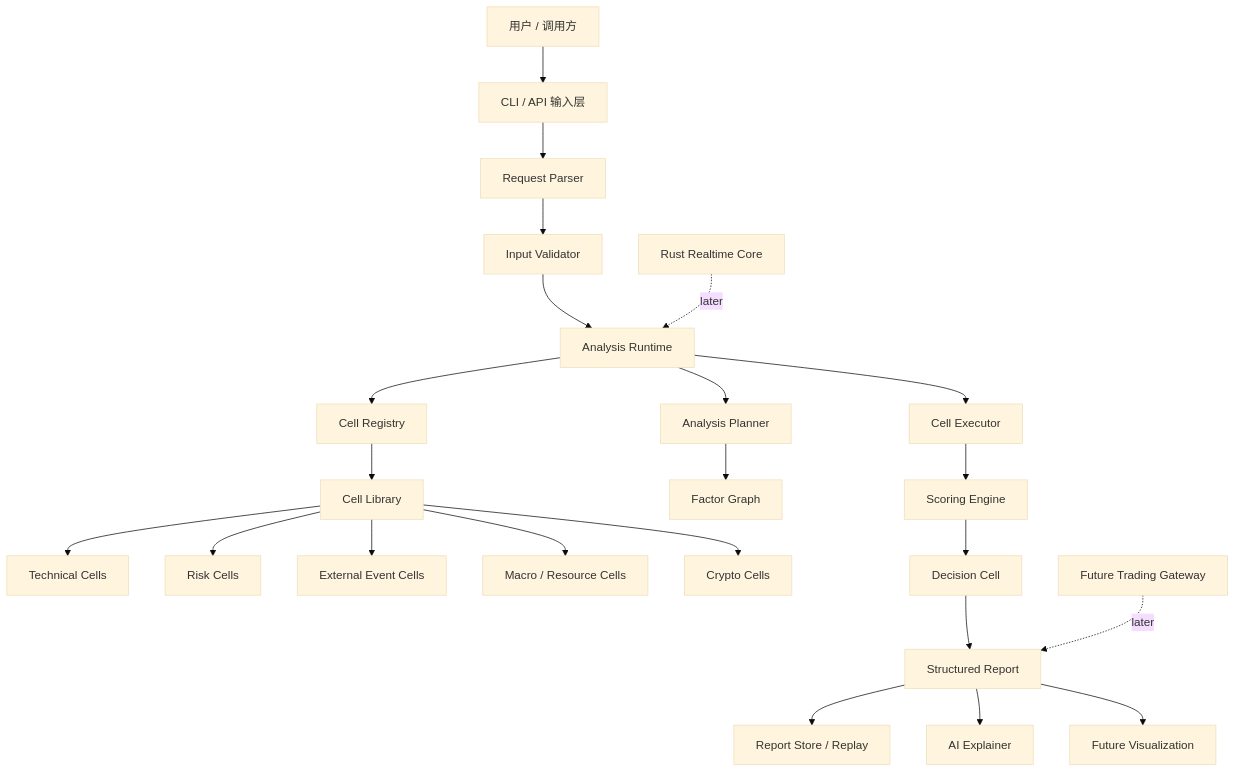
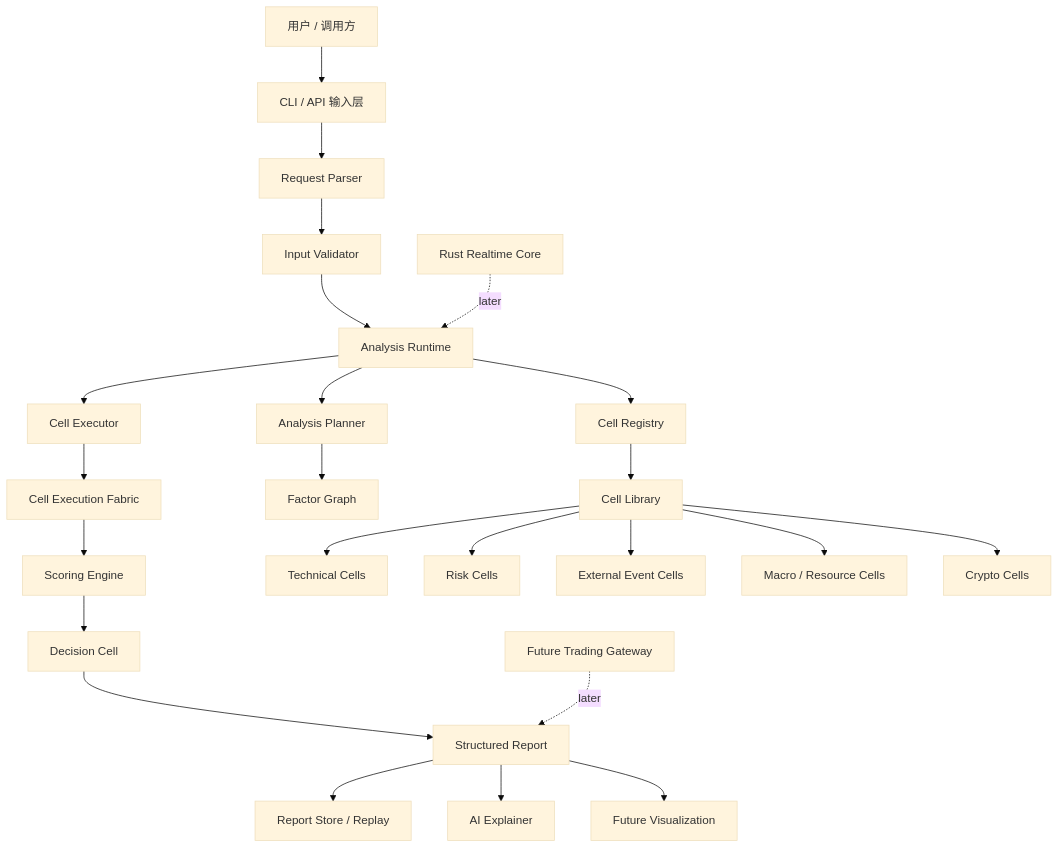
The first of 13 diagrams in docs/system_architecture.md (ModWU/market-cell), drawn with Mermaid (base theme) before and after one commit. The commit also changed other lines of this file and 18 other files, not shown here.

Commit message:
Add cell execution fabric foundation

````diff
--- a/docs/system_architecture.md
+++ b/docs/system_architecture.md
@@ -21,30 +21,31 @@
 ```mermaid
 flowchart TD
     User["用户 / 调用方"] --> CLI["CLI / API 输入层"]
     CLI --> Parser["Request Parser"]
     Parser --> Validator["Input Validator"]
     Validator --> Runtime["Analysis Runtime"]
 
     Runtime --> Registry["Cell Registry"]
     Runtime --> Planner["Analysis Planner"]
     Runtime --> Executor["Cell Executor"]
 
     Registry --> Cells["Cell Library"]
     Planner --> Graph["Factor Graph"]
-    Executor --> Scoring["Scoring Engine"]
+    Executor --> Fabric["Cell Execution Fabric"]
+    Fabric --> Scoring["Scoring Engine"]
 
     Cells --> Technical["Technical Cells"]
     Cells --> Risk["Risk Cells"]
     Cells --> External["External Event Cells"]
     Cells --> Macro["Macro / Resource Cells"]
     Cells --> Crypto["Crypto Cells"]
 
     Scoring --> Decision["Decision Cell"]
     Decision --> Report["Structured Report"]
     Report --> Storage["Report Store / Replay"]
     Report --> AI["AI Explainer"]
     Report --> UI["Future Visualization"]
 
     Realtime["Rust Realtime Core"] -. later .-> Runtime
     Trading["Future Trading Gateway"] -. later .-> Report
 ```
````
